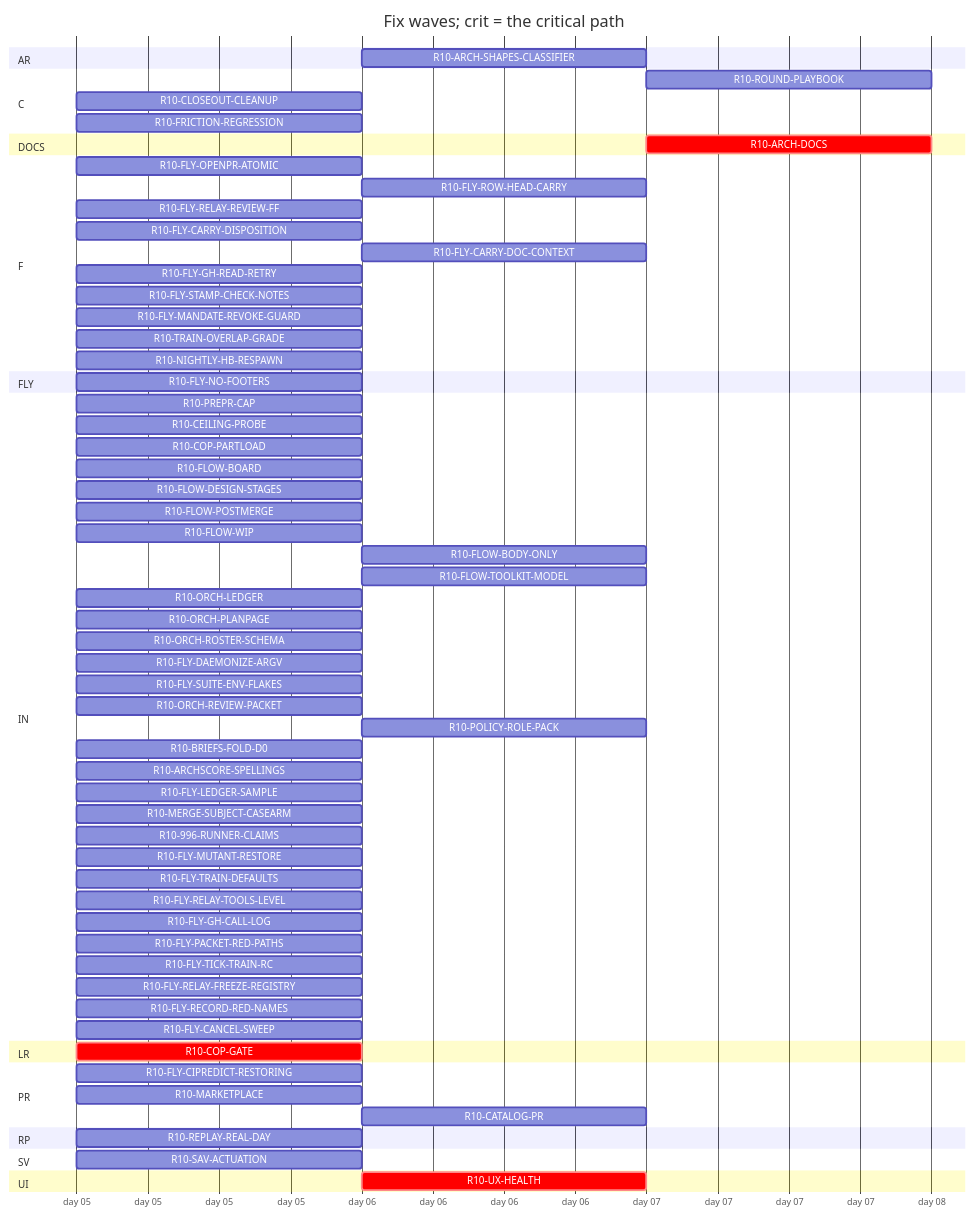
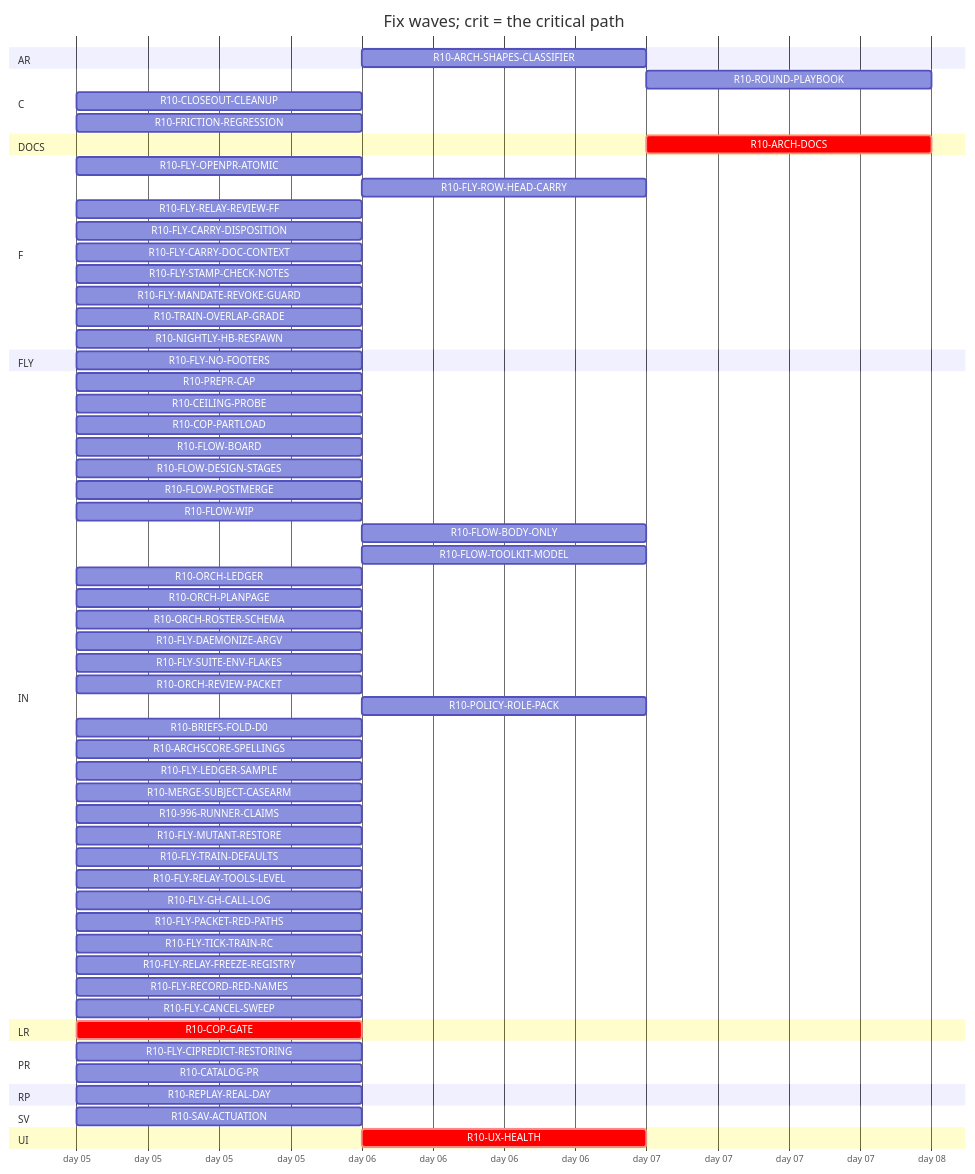
Before and after one commit to tvofi/heatpump_optimizer: the diagram in handoff/round10/state/PLAN-TABLE.md, drawn with Mermaid. The commit also changed other lines of this file and 3 other files, not shown here.

Commit message:
state: FLOW-BOARD.md, NEXT-SESSION-PROMPT.md, PLAN-TABLE.md, RESUME-CURRENT.md regenerated (state_docs.py)

````diff
--- a/handoff/round10/state/PLAN-TABLE.md
+++ b/handoff/round10/state/PLAN-TABLE.md
@@ -24,70 +24,68 @@
 ```mermaid
 gantt
   title Fix waves; crit = the critical path
   dateFormat YYYY-MM-DD
   axisFormat day %d
   section AR
     R10-ARCH-SHAPES-CLASSIFIER :r10ARCHSHAPESCLASSIFIER, after r10996RUNNERCLAIMS, 1d
   section C
     R10-ROUND-PLAYBOOK :r10ROUNDPLAYBOOK, after r10ORCHLEDGER r10ORCHPLANPAGE r10FLYRELAYREVIEWFF r10FLOWBODYONLY, 1d
     R10-CLOSEOUT-CLEANUP :r10CLOSEOUTCLEANUP, 2026-01-05, 1d
     R10-FRICTION-REGRESSION :r10FRICTIONREGRESSION, 2026-01-05, 1d
   section DOCS
     R10-ARCH-DOCS :crit, r10ARCHDOCS, after r10COPGATE r10UXHEALTH r10CEILINGPROBE r10COPPARTLOAD r10FLOWBOARD r10FLOWDESIGNSTAGES r10FLOWPOSTMERGE r10FLOWWIP r10FLOWBODYONLY r10FLYOPENPRATOMIC r10FLYROWHEADCARRY r10FLYRELAYREVIEWFF r10FLYCARRYDISPOSITION r10FLYCARRYDOCCONTEXT r10FLOWTOOLKITMODEL r10FLYSTAMPCHECKNOTES r10FLYMANDATEREVOKEGUARD r10TRAINOVERLAPGRADE r10NIGHTLYHBRESPAWN r10ORCHLEDGER r10ORCHPLANPAGE r10ORCHROSTERSCHEMA r10FLYDAEMONIZEARGV r10ORCHREVIEWPACKET r10POLICYROLEPACK r10BRIEFSFOLDD0 r10REPLAYREALDAY r10ARCHSCORESPELLINGS r10SAVACTUATION r10FLYLEDGERSAMPLE, 1d
   section F
     R10-FLY-OPENPR-ATOMIC :r10FLYOPENPRATOMIC, 2026-01-05, 1d
     R10-FLY-ROW-HEAD-CARRY :r10FLYROWHEADCARRY, after r10FLYOPENPRATOMIC, 1d
     R10-FLY-RELAY-REVIEW-FF :r10FLYRELAYREVIEWFF, 2026-01-05, 1d
     R10-FLY-CARRY-DISPOSITION :r10FLYCARRYDISPOSITION, 2026-01-05, 1d
-    R10-FLY-CARRY-DOC-CONTEXT :r10FLYCARRYDOCCONTEXT, after r10FLYGHREADRETRY, 1d
-    R10-FLY-GH-READ-RETRY :r10FLYGHREADRETRY, 2026-01-05, 1d
+    R10-FLY-CARRY-DOC-CONTEXT :r10FLYCARRYDOCCONTEXT, 2026-01-05, 1d
     R10-FLY-STAMP-CHECK-NOTES :r10FLYSTAMPCHECKNOTES, 2026-01-05, 1d
     R10-FLY-MANDATE-REVOKE-GUARD :r10FLYMANDATEREVOKEGUARD, 2026-01-05, 1d
     R10-TRAIN-OVERLAP-GRADE :r10TRAINOVERLAPGRADE, 2026-01-05, 1d
     R10-NIGHTLY-HB-RESPAWN :r10NIGHTLYHBRESPAWN, 2026-01-05, 1d
   section FLY
     R10-FLY-NO-FOOTERS :r10FLYNOFOOTERS, 2026-01-05, 1d
   section IN
     R10-PREPR-CAP :r10PREPRCAP, 2026-01-05, 1d
     R10-CEILING-PROBE :r10CEILINGPROBE, 2026-01-05, 1d
     R10-COP-PARTLOAD :r10COPPARTLOAD, 2026-01-05, 1d
     R10-FLOW-BOARD :r10FLOWBOARD, 2026-01-05, 1d
     R10-FLOW-DESIGN-STAGES :r10FLOWDESIGNSTAGES, 2026-01-05, 1d
     R10-FLOW-POSTMERGE :r10FLOWPOSTMERGE, 2026-01-05, 1d
     R10-FLOW-WIP :r10FLOWWIP, 2026-01-05, 1d
     R10-FLOW-BODY-ONLY :r10FLOWBODYONLY, after r10FLYOPENPRATOMIC, 1d
     R10-FLOW-TOOLKIT-MODEL :r10FLOWTOOLKITMODEL, after r10ORCHPLANPAGE, 1d
     R10-ORCH-LEDGER :r10ORCHLEDGER, 2026-01-05, 1d
     R10-ORCH-PLANPAGE :r10ORCHPLANPAGE, 2026-01-05, 1d
     R10-ORCH-ROSTER-SCHEMA :r10ORCHROSTERSCHEMA, 2026-01-05, 1d
     R10-FLY-DAEMONIZE-ARGV :r10FLYDAEMONIZEARGV, 2026-01-05, 1d
     R10-FLY-SUITE-ENV-FLAKES :r10FLYSUITEENVFLAKES, 2026-01-05, 1d
     R10-ORCH-REVIEW-PACKET :r10ORCHREVIEWPACKET, 2026-01-05, 1d
     R10-POLICY-ROLE-PACK :r10POLICYROLEPACK, after r10FLOWDESIGNSTAGES, 1d
     R10-BRIEFS-FOLD-D0 :r10BRIEFSFOLDD0, 2026-01-05, 1d
     R10-ARCHSCORE-SPELLINGS :r10ARCHSCORESPELLINGS, 2026-01-05, 1d
     R10-FLY-LEDGER-SAMPLE :r10FLYLEDGERSAMPLE, 2026-01-05, 1d
     R10-MERGE-SUBJECT-CASEARM :r10MERGESUBJECTCASEARM, 2026-01-05, 1d
     R10-996-RUNNER-CLAIMS :r10996RUNNERCLAIMS, 2026-01-05, 1d
     R10-FLY-MUTANT-RESTORE :r10FLYMUTANTRESTORE, 2026-01-05, 1d
     R10-FLY-TRAIN-DEFAULTS :r10FLYTRAINDEFAULTS, 2026-01-05, 1d
     R10-FLY-RELAY-TOOLS-LEVEL :r10FLYRELAYTOOLSLEVEL, 2026-01-05, 1d
     R10-FLY-GH-CALL-LOG :r10FLYGHCALLLOG, 2026-01-05, 1d
     R10-FLY-PACKET-RED-PATHS :r10FLYPACKETREDPATHS, 2026-01-05, 1d
     R10-FLY-TICK-TRAIN-RC :r10FLYTICKTRAINRC, 2026-01-05, 1d
     R10-FLY-RELAY-FREEZE-REGISTRY :r10FLYRELAYFREEZEREGISTRY, 2026-01-05, 1d
     R10-FLY-RECORD-RED-NAMES :r10FLYRECORDREDNAMES, 2026-01-05, 1d
     R10-FLY-CANCEL-SWEEP :r10FLYCANCELSWEEP, 2026-01-05, 1d
   section LR
     R10-COP-GATE :crit, r10COPGATE, 2026-01-05, 1d
   section PR
     R10-FLY-CIPREDICT-RESTORING :r10FLYCIPREDICTRESTORING, 2026-01-05, 1d
-    R10-MARKETPLACE :r10MARKETPLACE, 2026-01-05, 1d
-    R10-CATALOG-PR :r10CATALOGPR, after r10MARKETPLACE, 1d
+    R10-CATALOG-PR :r10CATALOGPR, 2026-01-05, 1d
   section RP
     R10-REPLAY-REAL-DAY :r10REPLAYREALDAY, 2026-01-05, 1d
   section SV
     R10-SAV-ACTUATION :r10SAVACTUATION, 2026-01-05, 1d
   section UI
     R10-UX-HEALTH :crit, r10UXHEALTH, after r10COPGATE, 1d
 ```
````
